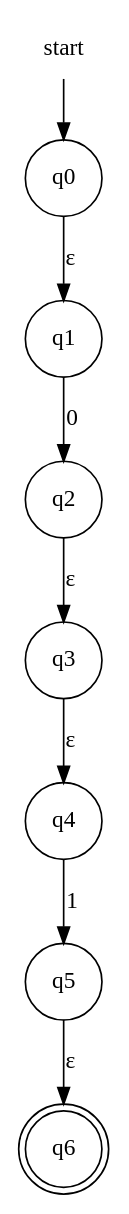
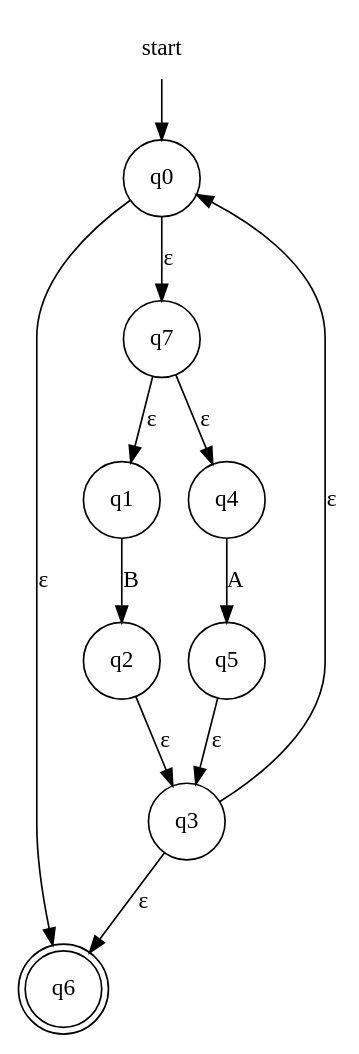
One commit to evertheylen/TA_TO changed the diagram in fase1/RE-eNFA/regex_5.dot. Above: the diagram before and after it, drawn with Graphviz. The commit also changed 13 other files, not shown here.

```diff
--- a/fase1/RE-eNFA/regex_5.dot
+++ b/fase1/RE-eNFA/regex_5.dot
@@ -1,12 +1,16 @@
 digraph automaton {
     node [shape=none]; start;
     node [shape=doublecircle]; "q6";
     node [shape=circle];
     start -> "q0";
-    "q0" -> "q1" [label="&epsilon;"];
-    "q1" -> "q2" [label="0"];
+    "q0" -> "q6" [label="&epsilon;"];
+    "q0" -> "q7" [label="&epsilon;"];
+    "q1" -> "q2" [label="B"];
     "q2" -> "q3" [label="&epsilon;"];
-    "q3" -> "q4" [label="&epsilon;"];
-    "q4" -> "q5" [label="1"];
-    "q5" -> "q6" [label="&epsilon;"];
+    "q3" -> "q0" [label="&epsilon;"];
+    "q3" -> "q6" [label="&epsilon;"];
+    "q4" -> "q5" [label="A"];
+    "q5" -> "q3" [label="&epsilon;"];
+    "q7" -> "q1" [label="&epsilon;"];
+    "q7" -> "q4" [label="&epsilon;"];
 }
```
